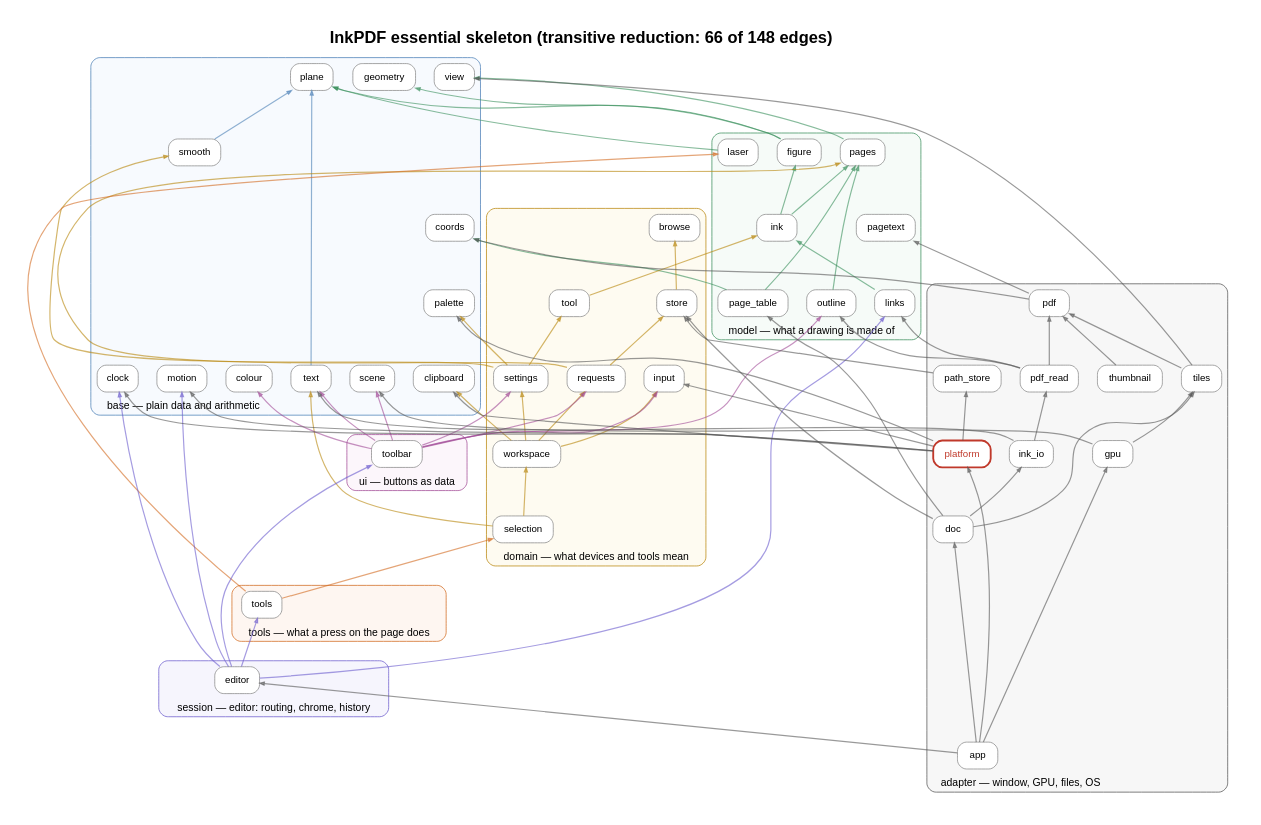
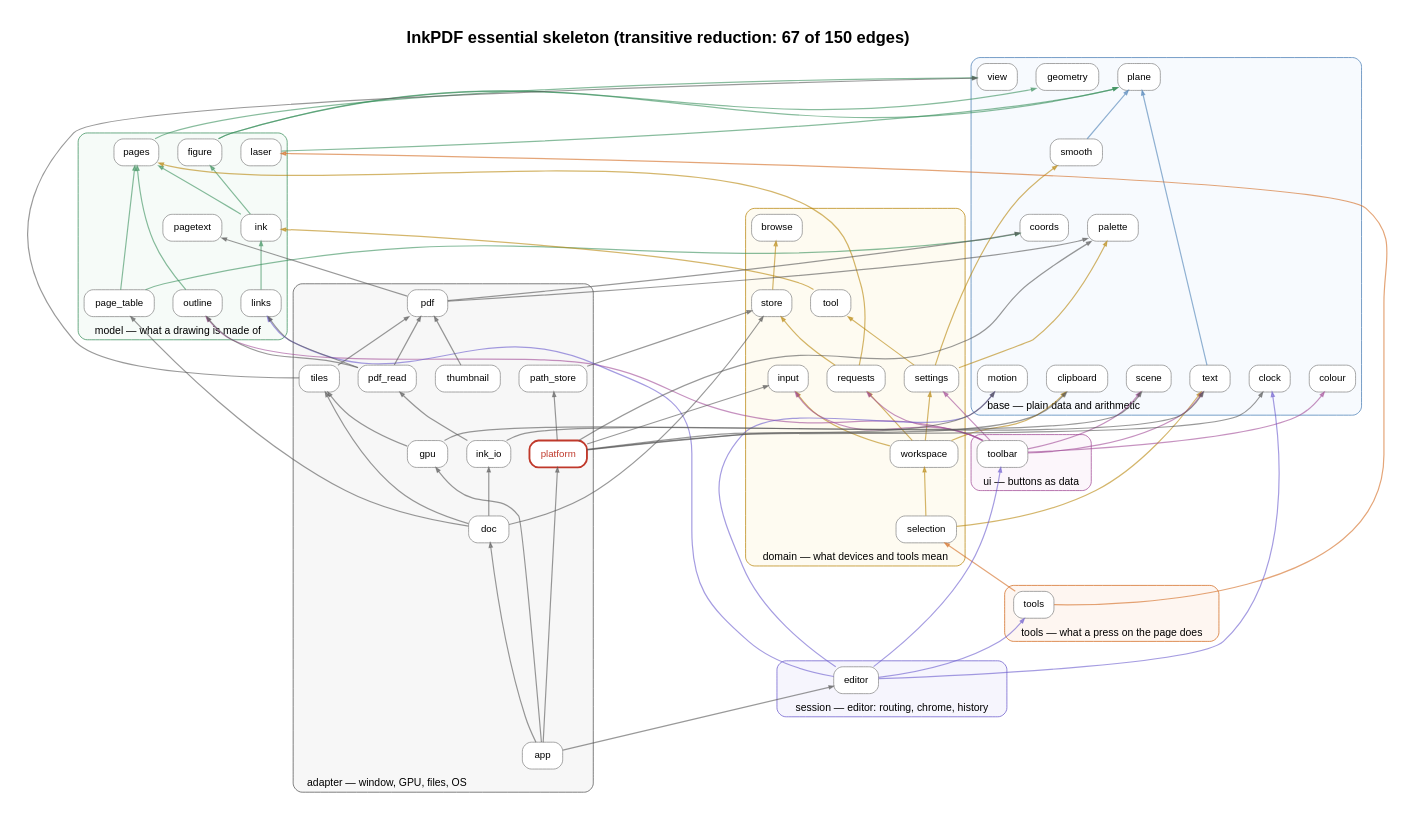
The diagram in docs/deps/skeleton.dot (rajatmo/inkpdf), drawn with Graphviz before and after one commit. The commit also changed 19 other files, not shown here.

```diff
--- a/docs/deps/skeleton.dot
+++ b/docs/deps/skeleton.dot
@@ -1,127 +1,128 @@
 digraph G {
 rankdir=BT; newrank=true; compound=true; splines=true; nodesep=0.35; ranksep=0.9; pad=0.4;
-label=<<b>InkPDF essential skeleton (transitive reduction: 66 of 148 edges)</b>>; labelloc=t; fontsize=22; fontname="Helvetica";
+label=<<b>InkPDF essential skeleton (transitive reduction: 67 of 150 edges)</b>>; labelloc=t; fontsize=22; fontname="Helvetica";
 node [shape=box, style="rounded,filled", fontname="Helvetica", fontsize=13, margin="0.14,0.07", color="#888888"];
 edge [arrowsize=0.6];
 subgraph cluster_Base { label="base — plain data and arithmetic"; labeljust=l; fontname="Helvetica"; fontsize=14; style="rounded,filled"; fillcolor="#e8f1fb55"; color="#4a7fb5";
   "clipboard" [fillcolor="white"];
   "clock" [fillcolor="white"];
   "colour" [fillcolor="white"];
   "coords" [fillcolor="white"];
   "geometry" [fillcolor="white"];
   "motion" [fillcolor="white"];
   "palette" [fillcolor="white"];
   "plane" [fillcolor="white"];
   "scene" [fillcolor="white"];
   "smooth" [fillcolor="white"];
   "text" [fillcolor="white"];
   "view" [fillcolor="white"];
 }
 subgraph cluster_Model { label="model — what a drawing is made of"; labeljust=l; fontname="Helvetica"; fontsize=14; style="rounded,filled"; fillcolor="#e3f4ea55"; color="#3a8f5c";
   "figure" [fillcolor="white"];
   "ink" [fillcolor="white"];
   "laser" [fillcolor="white"];
   "links" [fillcolor="white"];
   "outline" [fillcolor="white"];
   "page_table" [fillcolor="white"];
   "pages" [fillcolor="white"];
   "pagetext" [fillcolor="white"];
 }
 subgraph cluster_Domain { label="domain — what devices and tools mean"; labeljust=l; fontname="Helvetica"; fontsize=14; style="rounded,filled"; fillcolor="#fdf3d655"; color="#b8860b";
   "browse" [fillcolor="white"];
   "input" [fillcolor="white"];
   "requests" [fillcolor="white"];
   "selection" [fillcolor="white"];
   "settings" [fillcolor="white"];
   "store" [fillcolor="white"];
   "tool" [fillcolor="white"];
   "workspace" [fillcolor="white"];
 }
 subgraph cluster_Ui { label="ui — buttons as data"; labeljust=l; fontname="Helvetica"; fontsize=14; style="rounded,filled"; fillcolor="#f6e4f355"; color="#a14a96";
   "toolbar" [fillcolor="white"];
 }
 subgraph cluster_Tools { label="tools — what a press on the page does"; labeljust=l; fontname="Helvetica"; fontsize=14; style="rounded,filled"; fillcolor="#fde5d455"; color="#d2691e";
   "tools" [fillcolor="white"];
 }
 subgraph cluster_Session { label="session — editor: routing, chrome, history"; labeljust=l; fontname="Helvetica"; fontsize=14; style="rounded,filled"; fillcolor="#e4e1f855"; color="#6a5acd";
   "editor" [fillcolor="white"];
 }
 subgraph cluster_Adapter { label="adapter — window, GPU, files, OS"; labeljust=l; fontname="Helvetica"; fontsize=14; style="rounded,filled"; fillcolor="#e6e6e655"; color="#555555";
   "app" [fillcolor="white"];
   "doc" [fillcolor="white"];
   "gpu" [fillcolor="white"];
   "ink_io" [fillcolor="white"];
   "path_store" [fillcolor="white"];
   "pdf" [fillcolor="white"];
   "pdf_read" [fillcolor="white"];
   "platform" [fillcolor="white" penwidth=2.5 color="#c0392b" fontcolor="#c0392b"];
   "thumbnail" [fillcolor="white"];
   "tiles" [fillcolor="white"];
 }
 "app" -> "doc" [color="#55555599", penwidth=1.60, tooltip="3 uses"];
 "app" -> "editor" [color="#55555599", penwidth=1.60, tooltip="4 uses"];
 "app" -> "gpu" [color="#55555599", penwidth=1.60, tooltip="5 uses"];
 "app" -> "platform" [color="#55555599", penwidth=1.60, tooltip="1 uses"];
 "doc" -> "ink_io" [color="#55555599", penwidth=1.60, tooltip="1 uses"];
 "doc" -> "page_table" [color="#55555599", penwidth=1.60, tooltip="2 uses"];
 "doc" -> "store" [color="#55555599", penwidth=1.60, tooltip="1 uses"];
 "doc" -> "tiles" [color="#55555599", penwidth=1.60, tooltip="1 uses"];
 "editor" -> "clock" [color="#6a5acd99", penwidth=1.60, tooltip="1 uses"];
 "editor" -> "links" [color="#6a5acd99", penwidth=1.60, tooltip="3 uses"];
 "editor" -> "motion" [color="#6a5acd99", penwidth=1.60, tooltip="3 uses"];
 "editor" -> "toolbar" [color="#6a5acd99", penwidth=1.60, tooltip="8 uses"];
 "editor" -> "tools" [color="#6a5acd99", penwidth=1.60, tooltip="7 uses"];
 "figure" -> "geometry" [color="#3a8f5c99", penwidth=1.60, tooltip="1 uses"];
 "figure" -> "plane" [color="#3a8f5c99", penwidth=1.60, tooltip="1 uses"];
 "gpu" -> "scene" [color="#55555599", penwidth=1.60, tooltip="1 uses"];
 "gpu" -> "tiles" [color="#55555599", penwidth=1.60, tooltip="2 uses"];
 "ink" -> "figure" [color="#3a8f5c99", penwidth=1.60, tooltip="3 uses"];
 "ink" -> "pages" [color="#3a8f5c99", penwidth=1.60, tooltip="1 uses"];
 "ink_io" -> "pdf_read" [color="#55555599", penwidth=1.60, tooltip="2 uses"];
 "ink_io" -> "text" [color="#55555599", penwidth=1.60, tooltip="2 uses"];
 "laser" -> "plane" [color="#3a8f5c99", penwidth=1.60, tooltip="1 uses"];
 "links" -> "ink" [color="#3a8f5c99", penwidth=1.60, tooltip="1 uses"];
 "outline" -> "pages" [color="#3a8f5c99", penwidth=1.60, tooltip="1 uses"];
 "page_table" -> "coords" [color="#3a8f5c99", penwidth=1.60, tooltip="1 uses"];
 "page_table" -> "pages" [color="#3a8f5c99", penwidth=1.60, tooltip="1 uses"];
 "pages" -> "view" [color="#3a8f5c99", penwidth=1.60, tooltip="1 uses"];
 "path_store" -> "store" [color="#55555599", penwidth=1.60, tooltip="1 uses"];
 "pdf" -> "coords" [color="#55555599", penwidth=1.60, tooltip="2 uses"];
 "pdf" -> "pagetext" [color="#55555599", penwidth=1.60, tooltip="2 uses"];
+"pdf" -> "palette" [color="#55555599", penwidth=1.60, tooltip="2 uses"];
 "pdf_read" -> "links" [color="#55555599", penwidth=1.60, tooltip="1 uses"];
 "pdf_read" -> "outline" [color="#55555599", penwidth=1.60, tooltip="1 uses"];
 "pdf_read" -> "pdf" [color="#55555599", penwidth=1.60, tooltip="1 uses"];
 "platform" -> "clipboard" [color="#55555599", penwidth=1.60, tooltip="3 uses"];
 "platform" -> "clock" [color="#55555599", penwidth=1.60, tooltip="3 uses"];
 "platform" -> "input" [color="#55555599", penwidth=1.60, tooltip="13 uses"];
 "platform" -> "motion" [color="#55555599", penwidth=1.60, tooltip="8 uses"];
 "platform" -> "palette" [color="#55555599", penwidth=1.60, tooltip="11 uses"];
 "platform" -> "path_store" [color="#55555599", penwidth=1.60, tooltip="1 uses"];
 "requests" -> "pages" [color="#b8860b99", penwidth=1.60, tooltip="1 uses"];
 "requests" -> "store" [color="#b8860b99", penwidth=1.60, tooltip="1 uses"];
 "selection" -> "text" [color="#b8860b99", penwidth=1.60, tooltip="1 uses"];
 "selection" -> "workspace" [color="#b8860b99", penwidth=1.60, tooltip="1 uses"];
 "settings" -> "palette" [color="#b8860b99", penwidth=1.60, tooltip="1 uses"];
 "settings" -> "smooth" [color="#b8860b99", penwidth=1.60, tooltip="1 uses"];
 "settings" -> "tool" [color="#b8860b99", penwidth=1.60, tooltip="1 uses"];
 "smooth" -> "plane" [color="#4a7fb599", penwidth=1.60, tooltip="1 uses"];
 "store" -> "browse" [color="#b8860b99", penwidth=1.60, tooltip="1 uses"];
 "text" -> "plane" [color="#4a7fb599", penwidth=1.60, tooltip="3 uses"];
 "thumbnail" -> "pdf" [color="#55555599", penwidth=1.60, tooltip="1 uses"];
 "tiles" -> "pdf" [color="#55555599", penwidth=1.60, tooltip="1 uses"];
 "tiles" -> "view" [color="#55555599", penwidth=1.60, tooltip="1 uses"];
 "tool" -> "ink" [color="#b8860b99", penwidth=1.60, tooltip="1 uses"];
 "toolbar" -> "colour" [color="#a14a9699", penwidth=1.60, tooltip="1 uses"];
 "toolbar" -> "input" [color="#a14a9699", penwidth=1.60, tooltip="2 uses"];
 "toolbar" -> "outline" [color="#a14a9699", penwidth=1.60, tooltip="1 uses"];
 "toolbar" -> "requests" [color="#a14a9699", penwidth=1.60, tooltip="1 uses"];
 "toolbar" -> "scene" [color="#a14a9699", penwidth=1.60, tooltip="20 uses"];
 "toolbar" -> "settings" [color="#a14a9699", penwidth=1.60, tooltip="1 uses"];
 "toolbar" -> "text" [color="#a14a9699", penwidth=1.60, tooltip="2 uses"];
 "tools" -> "laser" [color="#d2691e99", penwidth=1.60, tooltip="1 uses"];
 "tools" -> "selection" [color="#d2691e99", penwidth=1.60, tooltip="1 uses"];
 "workspace" -> "clipboard" [color="#b8860b99", penwidth=1.60, tooltip="1 uses"];
 "workspace" -> "input" [color="#b8860b99", penwidth=1.60, tooltip="1 uses"];
 "workspace" -> "requests" [color="#b8860b99", penwidth=1.60, tooltip="1 uses"];
 "workspace" -> "settings" [color="#b8860b99", penwidth=1.60, tooltip="1 uses"];
 }
```
